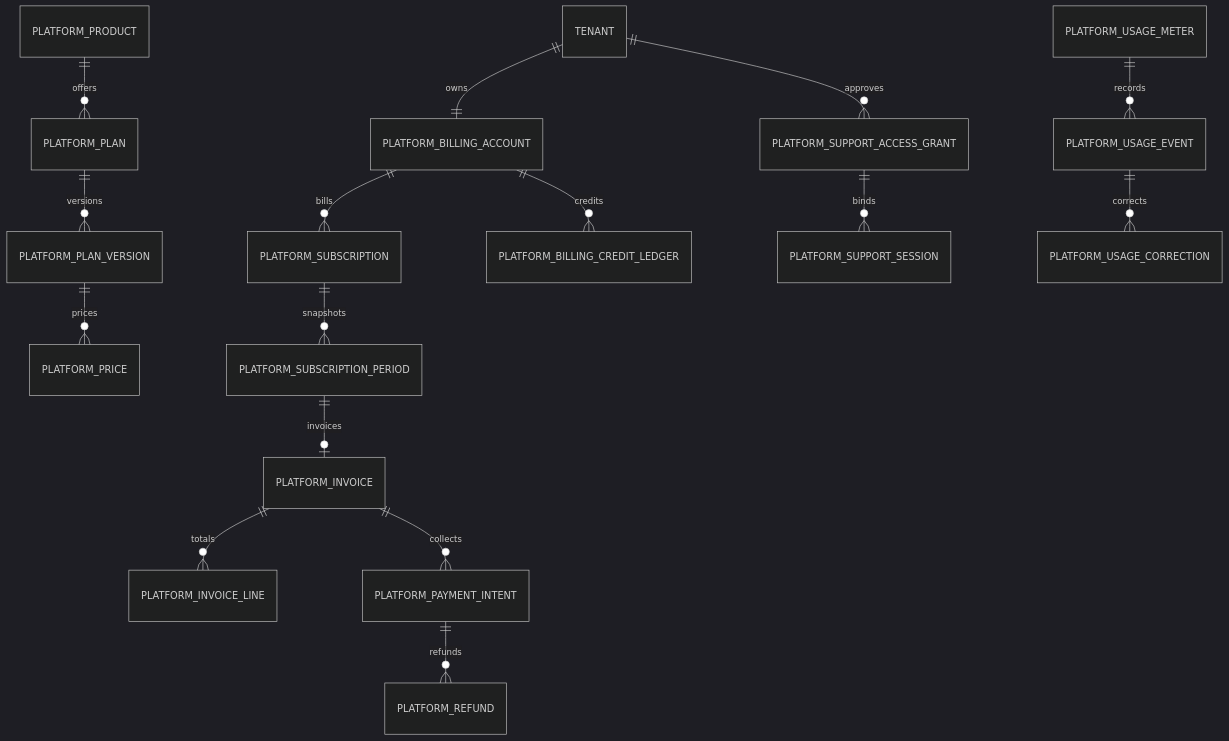
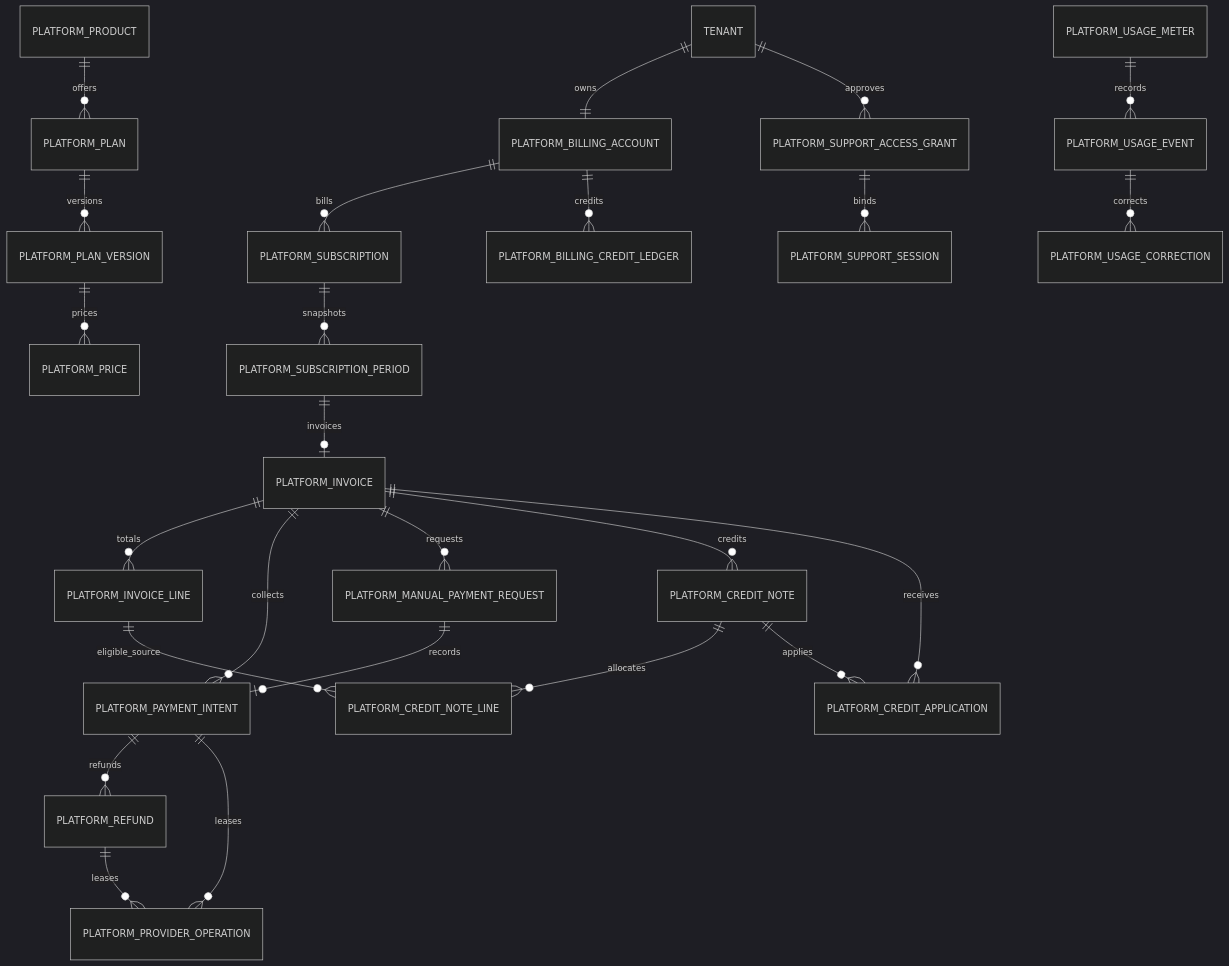
One commit to cuongdesignnb/nailsoft changed the diagram in docs/architecture/erd-sprint13.md. Above: the diagram before and after it, drawn with Mermaid (dark theme). The commit also changed other lines of this file and 19 other files, not shown here.

````diff
--- a/docs/architecture/erd-sprint13.md
+++ b/docs/architecture/erd-sprint13.md
@@ -3,18 +3,27 @@
 ```mermaid
 erDiagram
   TENANT ||--|| PLATFORM_BILLING_ACCOUNT : owns
   PLATFORM_PRODUCT ||--o{ PLATFORM_PLAN : offers
   PLATFORM_PLAN ||--o{ PLATFORM_PLAN_VERSION : versions
   PLATFORM_PLAN_VERSION ||--o{ PLATFORM_PRICE : prices
   PLATFORM_BILLING_ACCOUNT ||--o{ PLATFORM_SUBSCRIPTION : bills
   PLATFORM_SUBSCRIPTION ||--o{ PLATFORM_SUBSCRIPTION_PERIOD : snapshots
   PLATFORM_USAGE_METER ||--o{ PLATFORM_USAGE_EVENT : records
   PLATFORM_USAGE_EVENT ||--o{ PLATFORM_USAGE_CORRECTION : corrects
   PLATFORM_SUBSCRIPTION_PERIOD ||--o| PLATFORM_INVOICE : invoices
   PLATFORM_INVOICE ||--o{ PLATFORM_INVOICE_LINE : totals
   PLATFORM_INVOICE ||--o{ PLATFORM_PAYMENT_INTENT : collects
+  PLATFORM_INVOICE ||--o{ PLATFORM_MANUAL_PAYMENT_REQUEST : requests
+  PLATFORM_MANUAL_PAYMENT_REQUEST ||--o| PLATFORM_PAYMENT_INTENT : records
   PLATFORM_PAYMENT_INTENT ||--o{ PLATFORM_REFUND : refunds
+  PLATFORM_PAYMENT_INTENT ||--o{ PLATFORM_PROVIDER_OPERATION : leases
+  PLATFORM_REFUND ||--o{ PLATFORM_PROVIDER_OPERATION : leases
+  PLATFORM_INVOICE ||--o{ PLATFORM_CREDIT_NOTE : credits
+  PLATFORM_CREDIT_NOTE ||--o{ PLATFORM_CREDIT_NOTE_LINE : allocates
+  PLATFORM_INVOICE_LINE ||--o{ PLATFORM_CREDIT_NOTE_LINE : eligible_source
+  PLATFORM_CREDIT_NOTE ||--o{ PLATFORM_CREDIT_APPLICATION : applies
+  PLATFORM_INVOICE ||--o{ PLATFORM_CREDIT_APPLICATION : receives
   PLATFORM_BILLING_ACCOUNT ||--o{ PLATFORM_BILLING_CREDIT_LEDGER : credits
   TENANT ||--o{ PLATFORM_SUPPORT_ACCESS_GRANT : approves
   PLATFORM_SUPPORT_ACCESS_GRANT ||--o{ PLATFORM_SUPPORT_SESSION : binds
 ```
````
